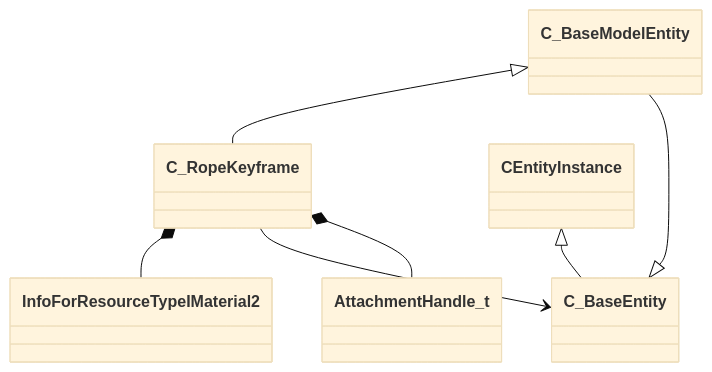
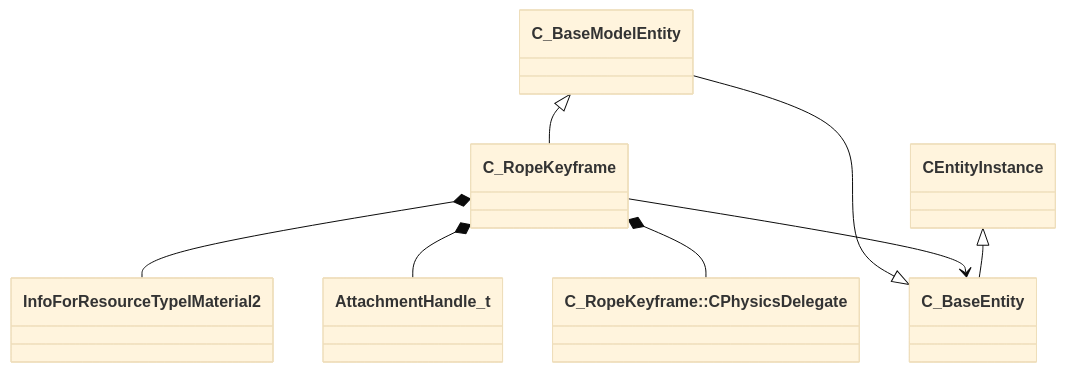
The diagram in docs/generated/schemas/client/C_RopeKeyframe.md (CS2OpenDev/CS2OpenDev-Docs), drawn with Mermaid (base theme) before and after one commit. The commit also changed other lines of this file and 4525 other files, not shown here.

````diff
--- a/docs/generated/schemas/client/C_RopeKeyframe.md
+++ b/docs/generated/schemas/client/C_RopeKeyframe.md
@@ -17,9 +19,10 @@
 ```mermaid
 classDiagram
     C_BaseModelEntity <|-- C_RopeKeyframe
     C_BaseEntity <|-- C_BaseModelEntity
     CEntityInstance <|-- C_BaseEntity
     C_RopeKeyframe *-- InfoForResourceTypeIMaterial2
     C_RopeKeyframe --> C_BaseEntity
     C_RopeKeyframe *-- AttachmentHandle_t
+    C_RopeKeyframe *-- `C_RopeKeyframe::CPhysicsDelegate`
 ```
````
